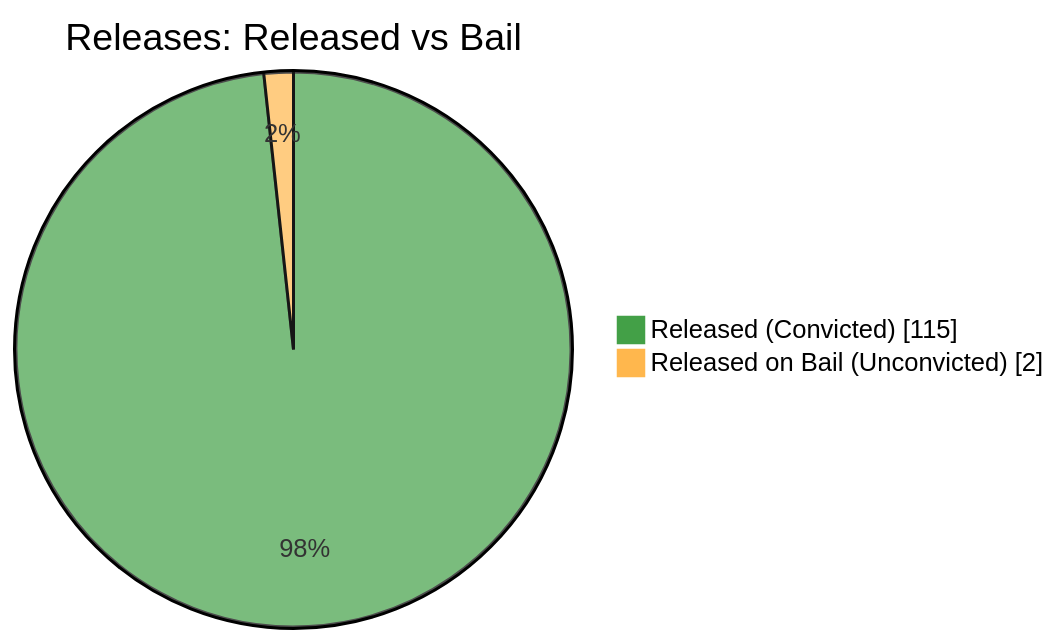
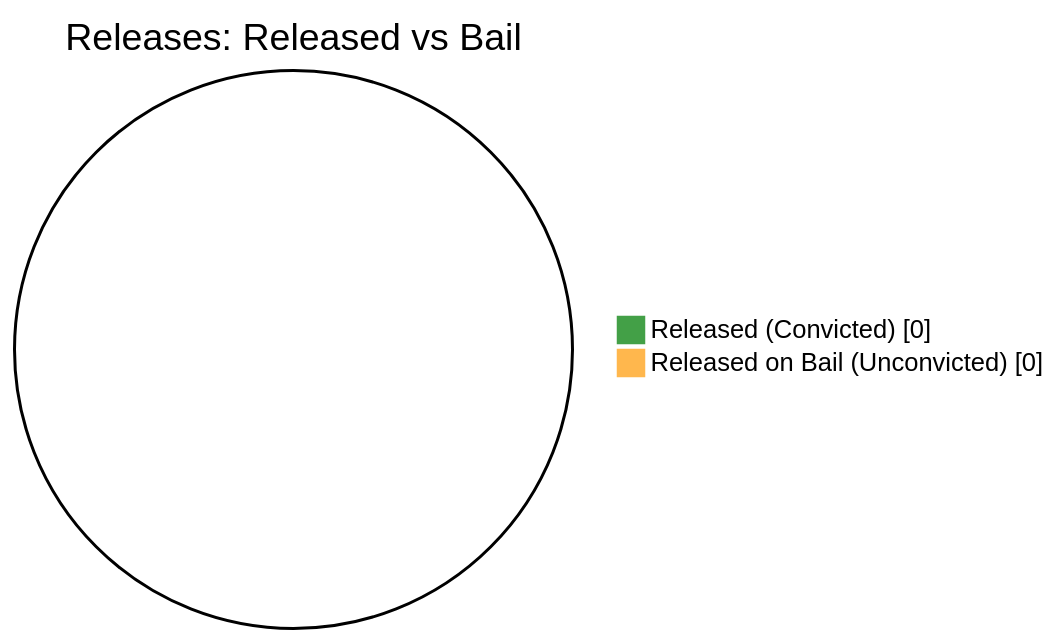
Before and after one commit to nuuuwan/lk_prisons: the fifth of 7 diagrams in README.md, drawn with Mermaid. The commit also changed other lines of this file and 1 other file, not shown here.

````diff
--- a/README.md
+++ b/README.md
@@ -87,6 +87,6 @@
 ```mermaid
 %%{init: {'themeVariables': {'pie1': '#43A047', 'pie2': '#FFB74D'}}}%%
 pie showData title Releases: Released vs Bail
-    "Released (Convicted)" : 115
-    "Released on Bail (Unconvicted)" : 2
+    "Released (Convicted)" : 0
+    "Released on Bail (Unconvicted)" : 0
 ```
````
